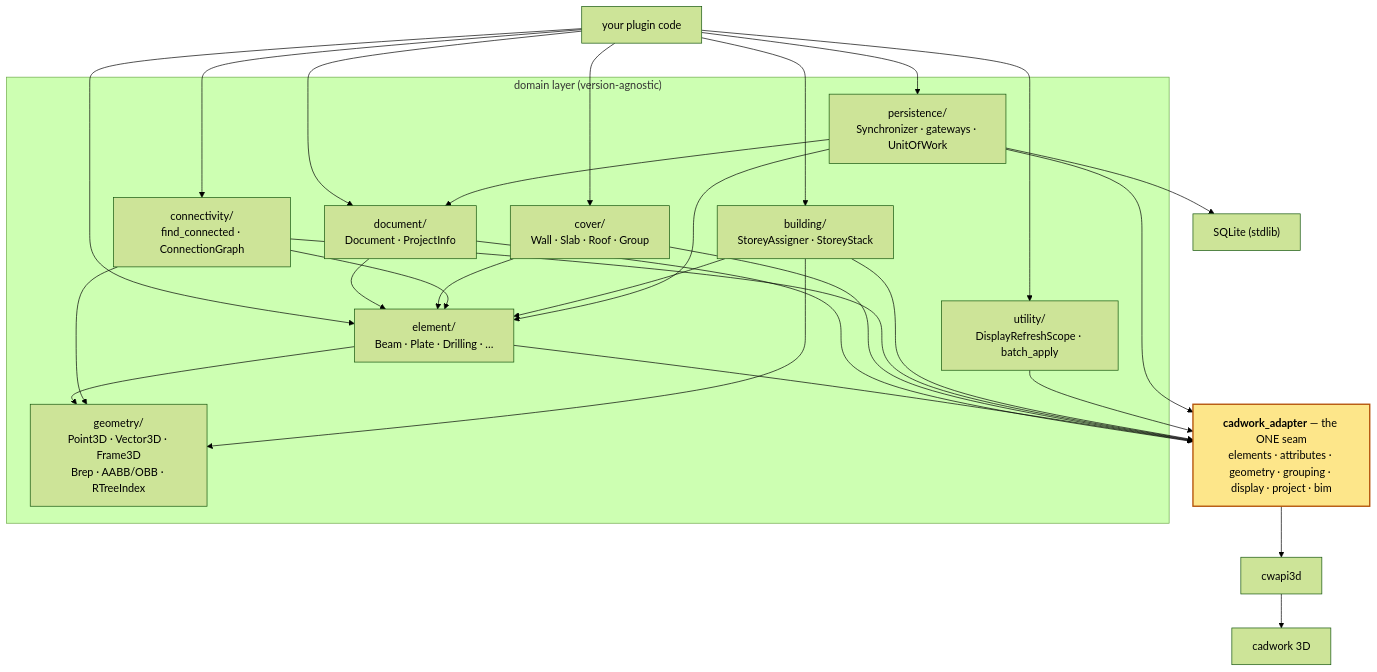
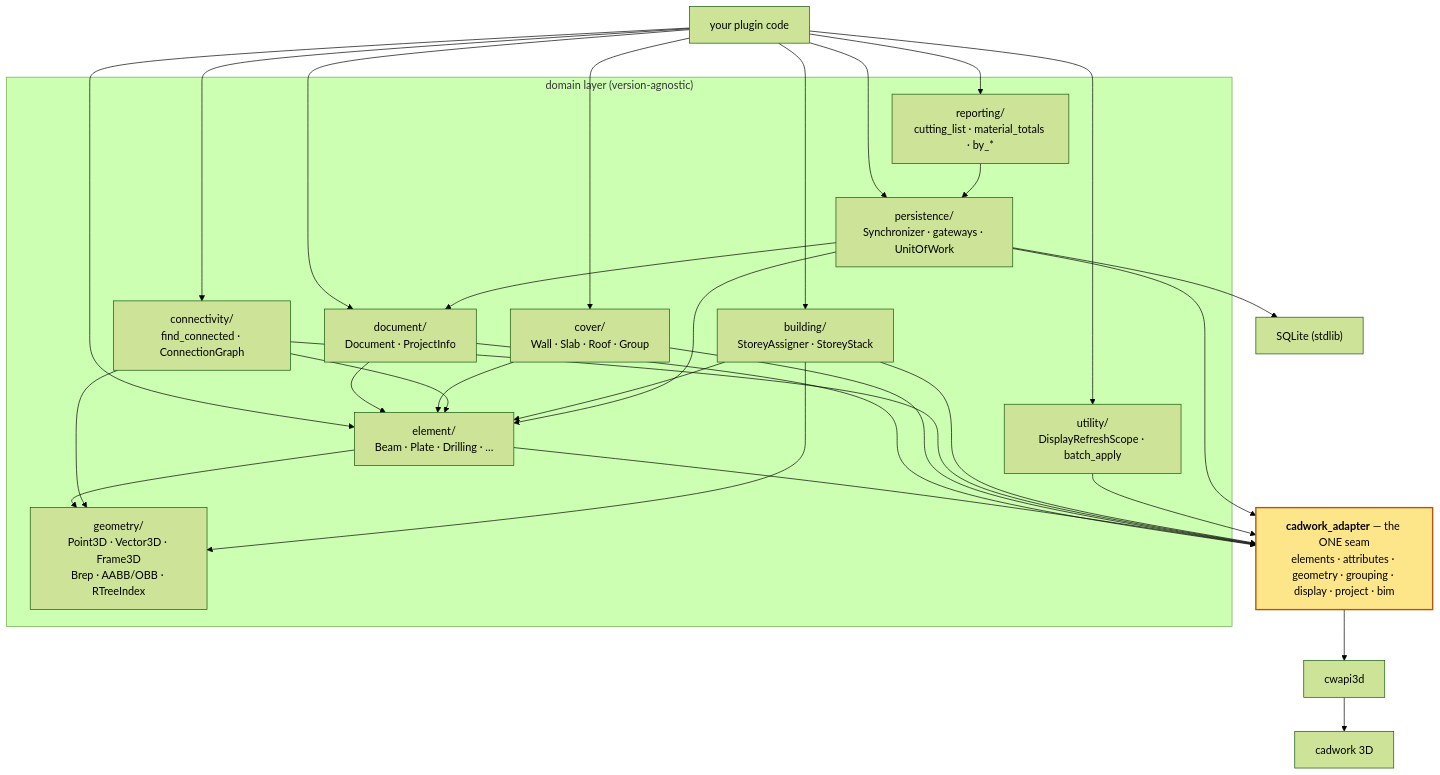
Before and after one commit to Brunner246/pycadwork: the diagram in README.md, drawn with Mermaid (forest theme). The commit also changed other lines of this file and 29 other files, not shown here.

````diff
--- a/README.md
+++ b/README.md
@@ -140,34 +140,36 @@
 ```mermaid
 flowchart TD
     app["your plugin code"]
 
     subgraph domain["domain layer (version-agnostic)"]
         document["document/<br/>Document · ProjectInfo"]
         element["element/<br/>Beam · Plate · Drilling · …"]
         cover["cover/<br/>Wall · Slab · Roof · Group"]
         connectivity["connectivity/<br/>find_connected · ConnectionGraph"]
         building["building/<br/>StoreyAssigner · StoreyStack"]
         geometry["geometry/<br/>Point3D · Vector3D · Frame3D<br/>Brep · AABB/OBB · RTreeIndex"]
         utility["utility/<br/>DisplayRefreshScope · batch_apply"]
         persistence["persistence/<br/>Synchronizer · gateways · UnitOfWork"]
+        reporting["reporting/<br/>cutting_list · material_totals · by_*"]
     end
 
     sqlite["SQLite (stdlib)"]
     seam["<b>cadwork_adapter</b> — the ONE seam<br/>elements · attributes · geometry · grouping · display · project · bim"]
     cwapi3d["cwapi3d"]
     cadwork["cadwork 3D"]
     
-    app --> document & element & cover & connectivity & building & utility & persistence
+    app --> document & element & cover & connectivity & building & utility & persistence & reporting
     document --> element
     element --> geometry
     cover --> element
     connectivity --> element & geometry
     building --> element & geometry
     persistence --> document & element
+    reporting --> persistence
     document & element & cover & connectivity & building & utility & persistence --> seam
     persistence --> sqlite
     seam --> cwapi3d --> cadwork
     
     classDef seamStyle fill:#fde68a,stroke:#b45309,stroke-width:2px,color:#000000;
     class seam seamStyle
 ```
````
